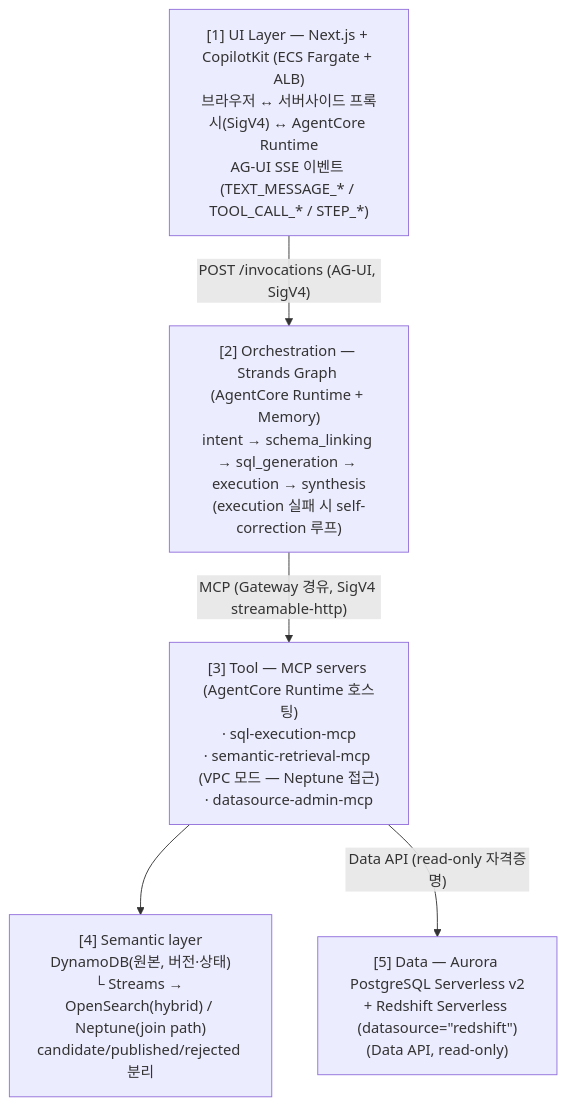
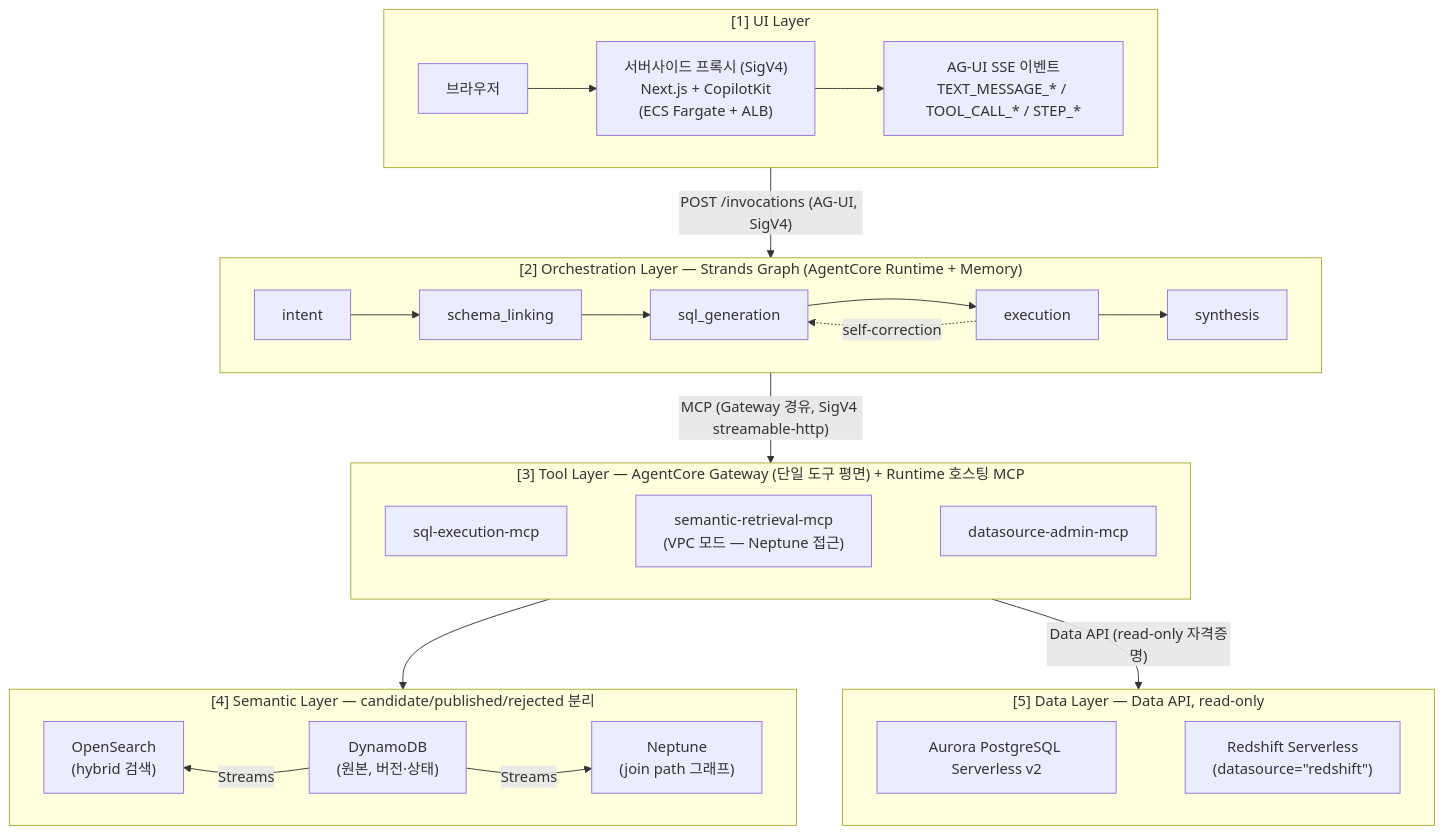
The diagram in projects/agentic-text-to-sql-on-aws/README.md (aws-samples/sample-agentic-ai-acceleration-kr), drawn with Mermaid before and after one commit.

Commit message:
docs(agentic-text-to-sql): README 5계층 다이어그램을 가로형 레이어로 재구성
각 레이어를 세로로 긴 단일 노드 대신 direction LR subgraph(내부 구성 요소 좌우 배치)로
바꿔 계층 스택답게 가로가 세로보다 긴 밴드 형태로 렌더되게 함 (가로:세로 4.3~9.4 확인).
Orchestration 레이어는 Graph 노드 5개를 가로 흐름 + self-correction 점선 루프로 표현.
mermaid-cli 렌더 검증 통과.

````diff
--- a/projects/agentic-text-to-sql-on-aws/README.md
+++ b/projects/agentic-text-to-sql-on-aws/README.md
@@ -47,13 +47,38 @@
 ```mermaid
 flowchart TB
-    l1["[1] UI Layer — Next.js + CopilotKit (ECS Fargate + ALB)<br/>브라우저 ↔ 서버사이드 프록시(SigV4) ↔ AgentCore Runtime<br/>AG-UI SSE 이벤트 (TEXT_MESSAGE_* / TOOL_CALL_* / STEP_*)"]
-    l2["[2] Orchestration — Strands Graph (AgentCore Runtime + Memory)<br/>intent → schema_linking → sql_generation → execution → synthesis<br/>(execution 실패 시 self-correction 루프)"]
-    l3["[3] Tool — MCP servers (AgentCore Runtime 호스팅)<br/>· sql-execution-mcp<br/>· semantic-retrieval-mcp (VPC 모드 — Neptune 접근)<br/>· datasource-admin-mcp"]
-    l4["[4] Semantic layer<br/>DynamoDB(원본, 버전·상태)<br/>└ Streams → OpenSearch(hybrid) / Neptune(join path)<br/>candidate/published/rejected 분리"]
-    l5["[5] Data — Aurora PostgreSQL Serverless v2<br/>+ Redshift Serverless (datasource=&quot;redshift&quot;)<br/>(Data API, read-only)"]
+    subgraph l1["[1] UI Layer"]
+        direction LR
+        browser["브라우저"] --> proxy["서버사이드 프록시 (SigV4)<br/>Next.js + CopilotKit<br/>(ECS Fargate + ALB)"] --> sse["AG-UI SSE 이벤트<br/>TEXT_MESSAGE_* / TOOL_CALL_* / STEP_*"]
+    end
+
+    subgraph l2["[2] Orchestration Layer — Strands Graph (AgentCore Runtime + Memory)"]
+        direction LR
+        intent --> linking["schema_linking"] --> gen["sql_generation"] --> exec["execution"] --> synth["synthesis"]
+        exec -. "self-correction" .-> gen
+    end
+
+    subgraph l3["[3] Tool Layer — AgentCore Gateway (단일 도구 평면) + Runtime 호스팅 MCP"]
+        direction LR
+        sqlmcp["sql-execution-mcp"] ~~~ semmcp["semantic-retrieval-mcp<br/>(VPC 모드 — Neptune 접근)"] ~~~ adminmcp["datasource-admin-mcp"]
+    end
+
+    subgraph l4["[4] Semantic Layer — candidate/published/rejected 분리"]
+        direction LR
+        os["OpenSearch<br/>(hybrid 검색)"]
+        ddb["DynamoDB<br/>(원본, 버전·상태)"]
+        neptune["Neptune<br/>(join path 그래프)"]
+        os ~~~ ddb ~~~ neptune
+        ddb -- Streams --> os
+        ddb -- Streams --> neptune
+    end
+
+    subgraph l5["[5] Data Layer — Data API, read-only"]
+        direction LR
+        aurora["Aurora PostgreSQL Serverless v2"] ~~~ redshift["Redshift Serverless<br/>(datasource=&quot;redshift&quot;)"]
+    end
 
     l1 -- "POST /invocations (AG-UI, SigV4)" --> l2
     l2 -- "MCP (Gateway 경유, SigV4 streamable-http)" --> l3
     l3 --> l4
     l3 -- "Data API (read-only 자격증명)" --> l5
 ```
````
